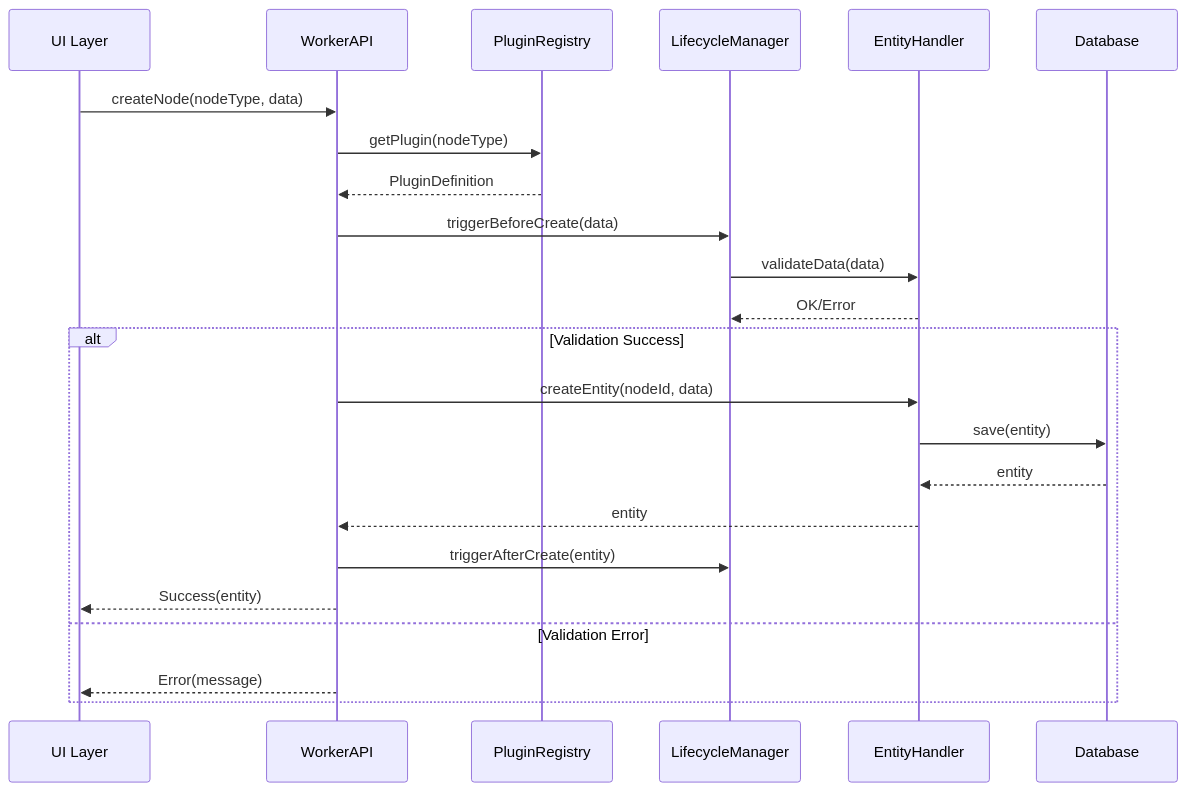
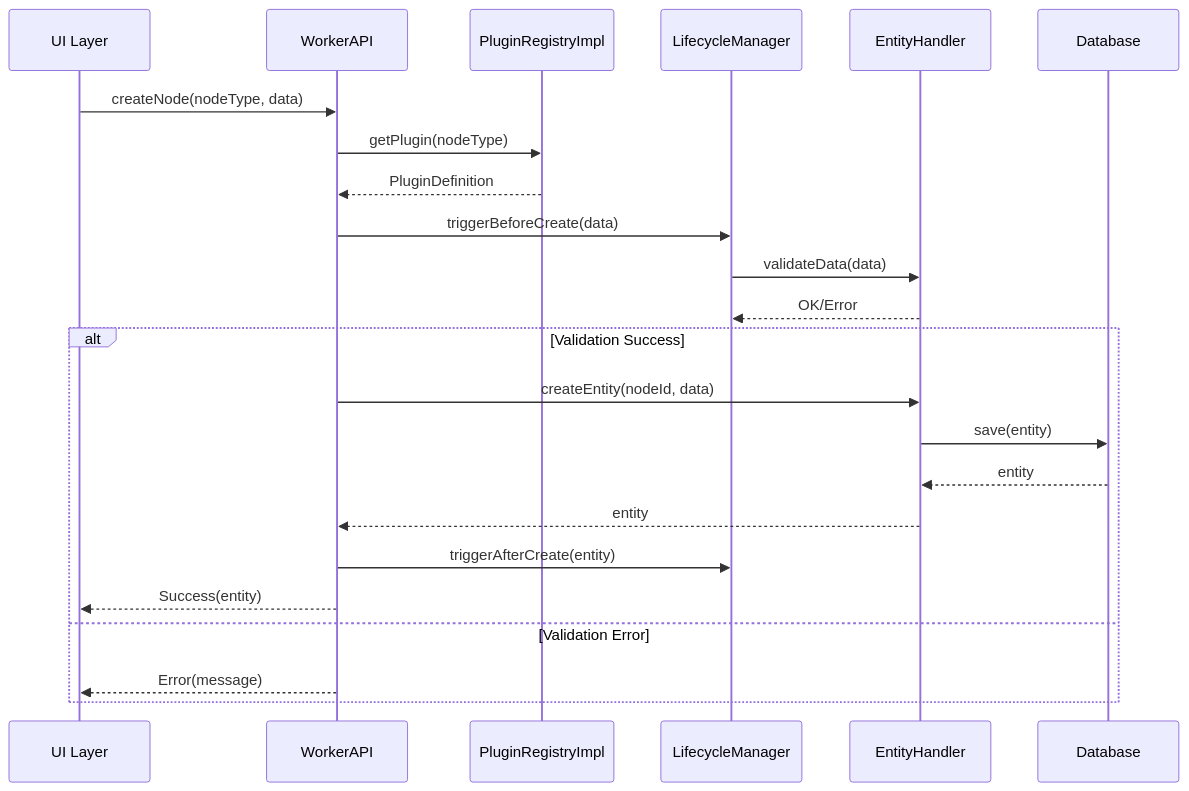
One commit to kubohiroya/hierarchidb changed the diagram in docs/deprecated/10-0-plugin-development-guide.md. Above: the diagram before and after it, drawn with Mermaid. The commit also changed other lines of this file and 366 other files, not shown here.

````diff
--- a/docs/deprecated/10-0-plugin-development-guide.md
+++ b/docs/deprecated/10-0-plugin-development-guide.md
@@ -59,29 +59,29 @@
 ```mermaid
 sequenceDiagram
     participant UI as UI Layer
     participant WA as WorkerAPI
-    participant PR as PluginRegistry
+    participant PR as PluginRegistryImpl
     participant LM as LifecycleManager
     participant EH as EntityHandler
     participant DB as Database
 
     UI->>WA: createNode(nodeType, data)
     WA->>PR: getPlugin(nodeType)
     PR-->>WA: PluginDefinition
     
     WA->>LM: triggerBeforeCreate(data)
     LM->>EH: validateData(data)
     EH-->>LM: OK/Error
     
     alt Validation Success
         WA->>EH: createEntity(nodeId, data)
         EH->>DB: save(entity)
         DB-->>EH: entity
         EH-->>WA: entity
         
         WA->>LM: triggerAfterCreate(entity)
         WA-->>UI: Success(entity)
     else Validation Error
         WA-->>UI: Error(message)
     end
 ```
````
